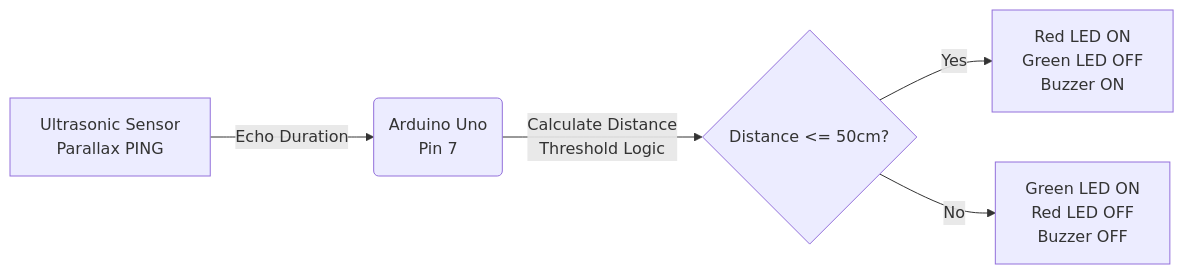
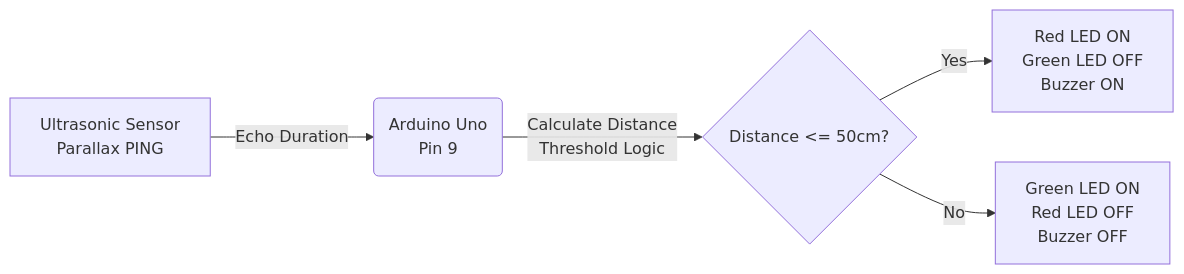
Before and after one commit to Code-with-Gideon/Project-1_Assignment: the diagram in Assignment_Submission_Doc.md, drawn with Mermaid. The commit also changed other lines of this file and 2 other files, not shown here.

Commit message:
fix: align arduino pins with physical tinkercad wiring

````diff
--- a/Assignment_Submission_Doc.md
+++ b/Assignment_Submission_Doc.md
@@ -141,7 +141,7 @@
 ```mermaid
 flowchart LR
-    A[Ultrasonic Sensor\nParallax PING] -->|Echo Duration| B(Arduino Uno\nPin 7)
+    A[Ultrasonic Sensor\nParallax PING] -->|Echo Duration| B(Arduino Uno\nPin 9)
     B -->|Calculate Distance\nThreshold Logic| C{Distance <= 50cm?}
     C -->|Yes| D[Red LED ON\nGreen LED OFF\nBuzzer ON]
     C -->|No| E[Green LED ON\nRed LED OFF\nBuzzer OFF]
 ```
````
